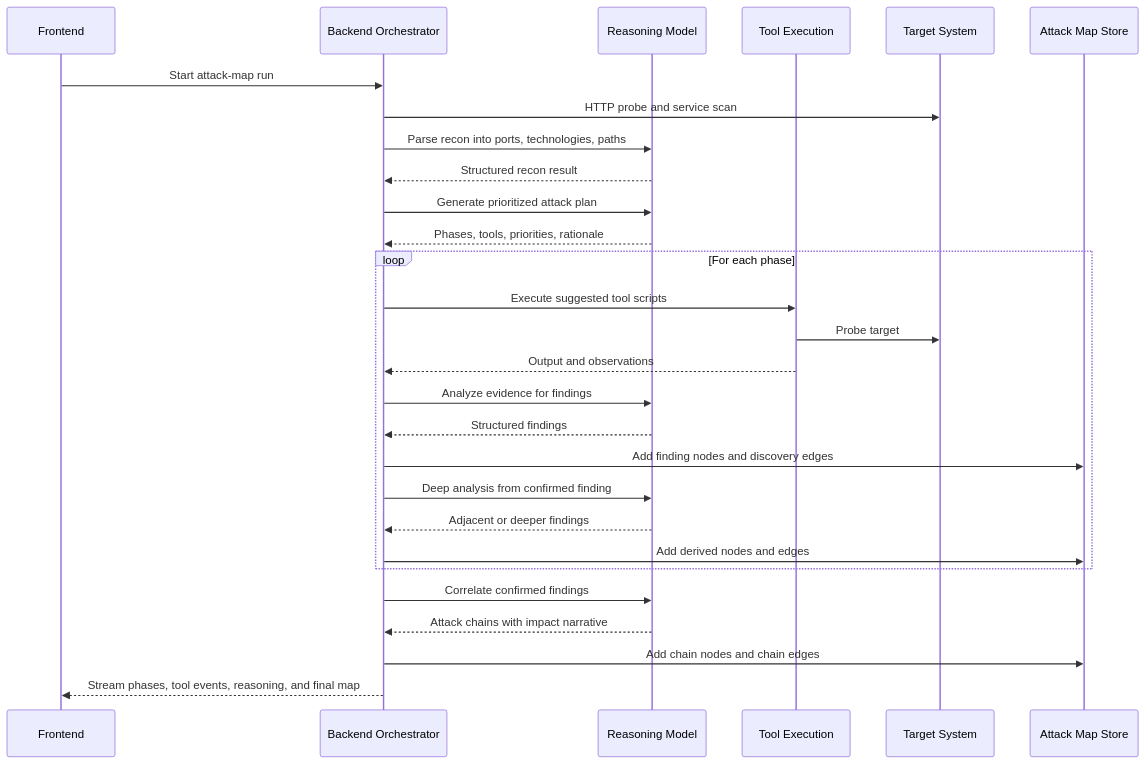
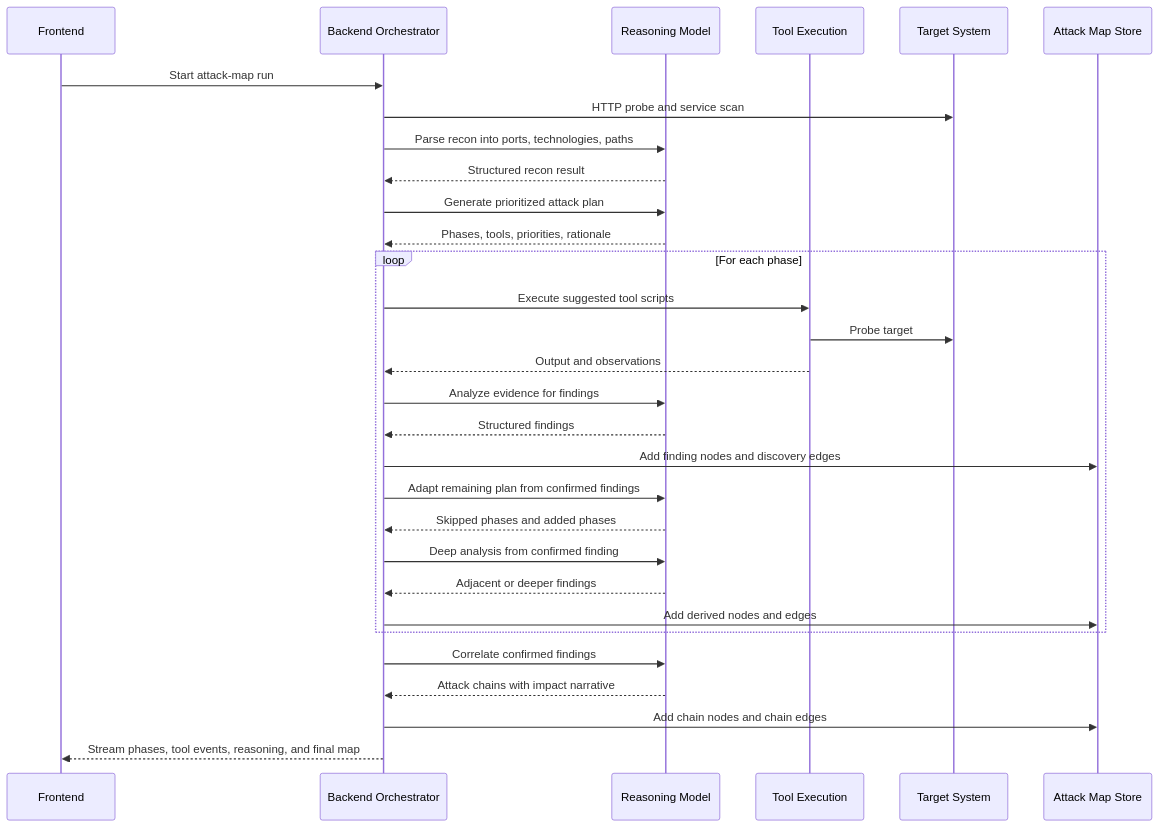
The third of 5 diagrams in README.md (alsaifybashar/SynoSec-buildathon), drawn with Mermaid before and after one commit. The commit also changed other lines of this file and 52 other files, not shown here.

````diff
--- a/README.md
+++ b/README.md
@@ -99,31 +130,33 @@
 ```mermaid
 sequenceDiagram
     participant UI as Frontend
     participant API as Backend Orchestrator
     participant LLM as Reasoning Model
     participant Broker as Tool Execution
     participant Target as Target System
     participant Graph as Attack Map Store
 
     UI->>API: Start attack-map run
     API->>Target: HTTP probe and service scan
     API->>LLM: Parse recon into ports, technologies, paths
     LLM-->>API: Structured recon result
     API->>LLM: Generate prioritized attack plan
     LLM-->>API: Phases, tools, priorities, rationale
     loop For each phase
         API->>Broker: Execute suggested tool scripts
         Broker->>Target: Probe target
         Broker-->>API: Output and observations
         API->>LLM: Analyze evidence for findings
         LLM-->>API: Structured findings
         API->>Graph: Add finding nodes and discovery edges
+        API->>LLM: Adapt remaining plan from confirmed findings
+        LLM-->>API: Skipped phases and added phases
         API->>LLM: Deep analysis from confirmed finding
         LLM-->>API: Adjacent or deeper findings
         API->>Graph: Add derived nodes and edges
     end
     API->>LLM: Correlate confirmed findings
     LLM-->>API: Attack chains with impact narrative
     API->>Graph: Add chain nodes and chain edges
     API-->>UI: Stream phases, tool events, reasoning, and final map
 ```
````
